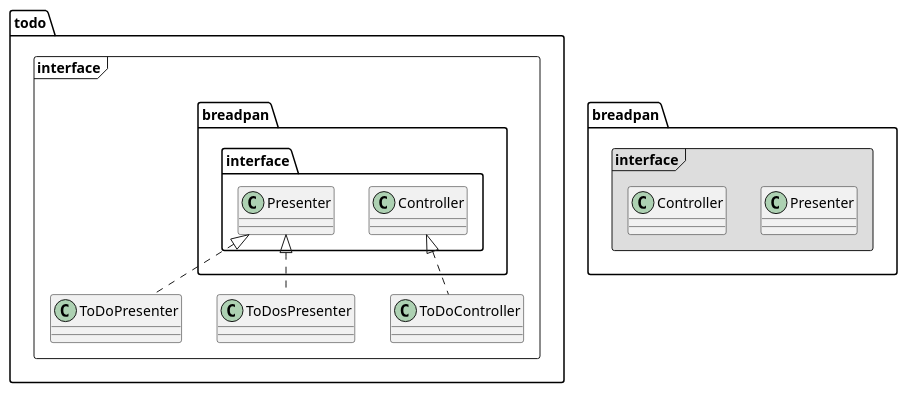
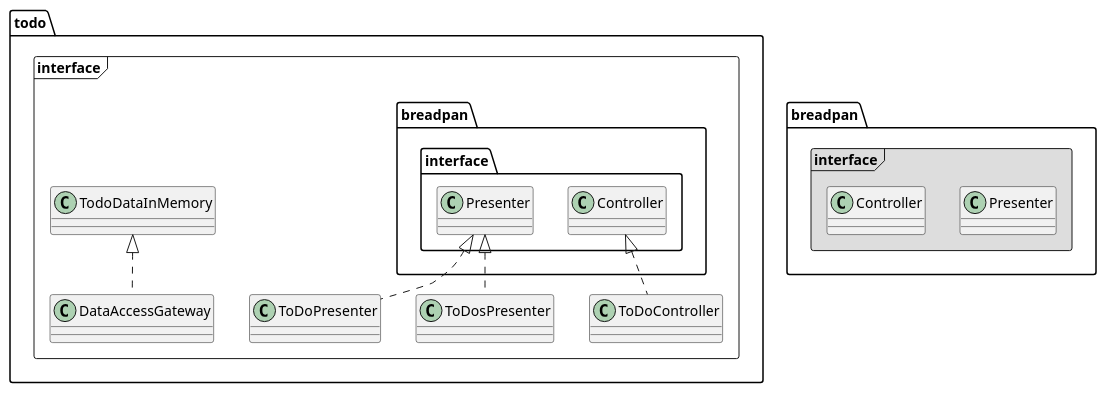
Before and after one commit to jinhoyoo/breadpan: the fourth of 4 diagrams in docs/how_to_implement.md, drawn with PlantUML. The commit also changed other lines of this file, not shown here.

````diff
--- a/docs/how_to_implement.md
+++ b/docs/how_to_implement.md
@@ -116,16 +156,17 @@
 ```plantuml
 @startuml
 
 package todo.interface <<Frame>> { 
+  TodoDataInMemory <|.. DataAccessGateway
   breadpan.interface.Presenter <|.. ToDoPresenter 
   breadpan.interface.Presenter <|.. ToDosPresenter
   breadpan.interface.Controller <|.. ToDoController
 }
 
 package breadpan.interface <<Frame>> #DDDDDD{
   class Presenter
   class Controller
 }
 
 @enduml
 ```
````
